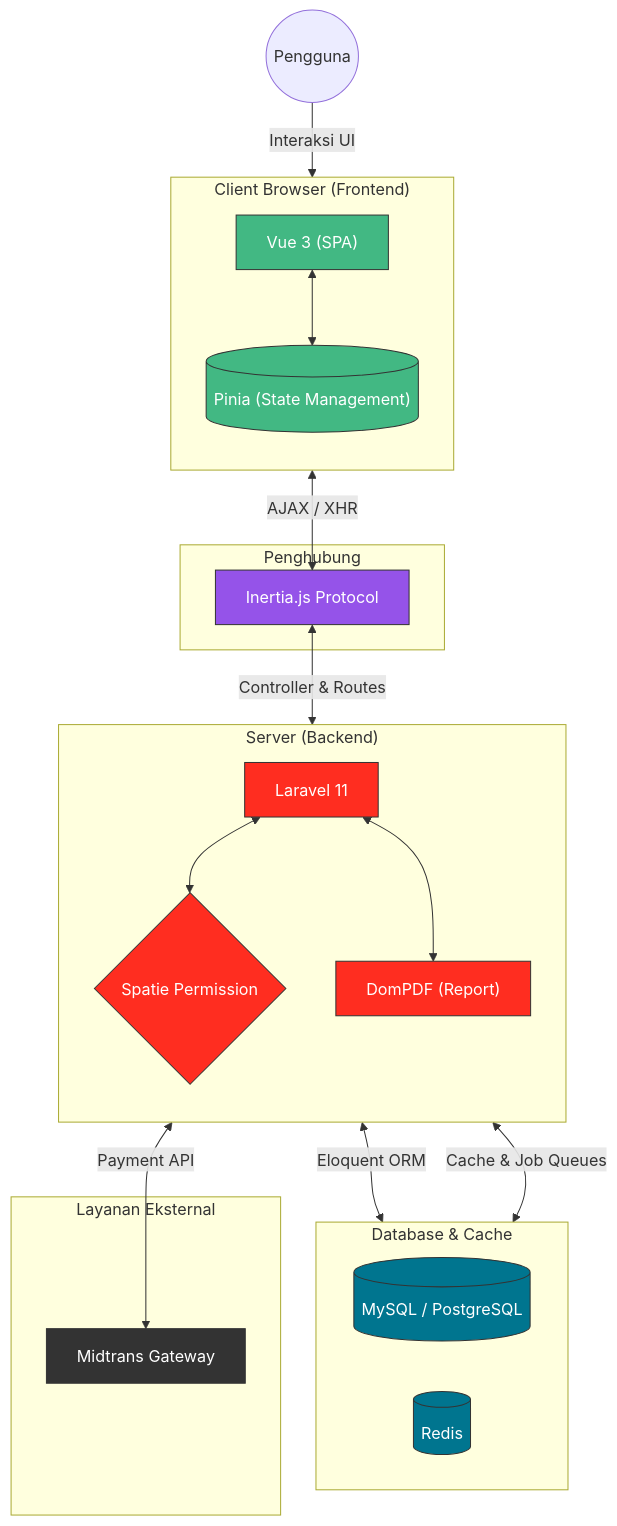
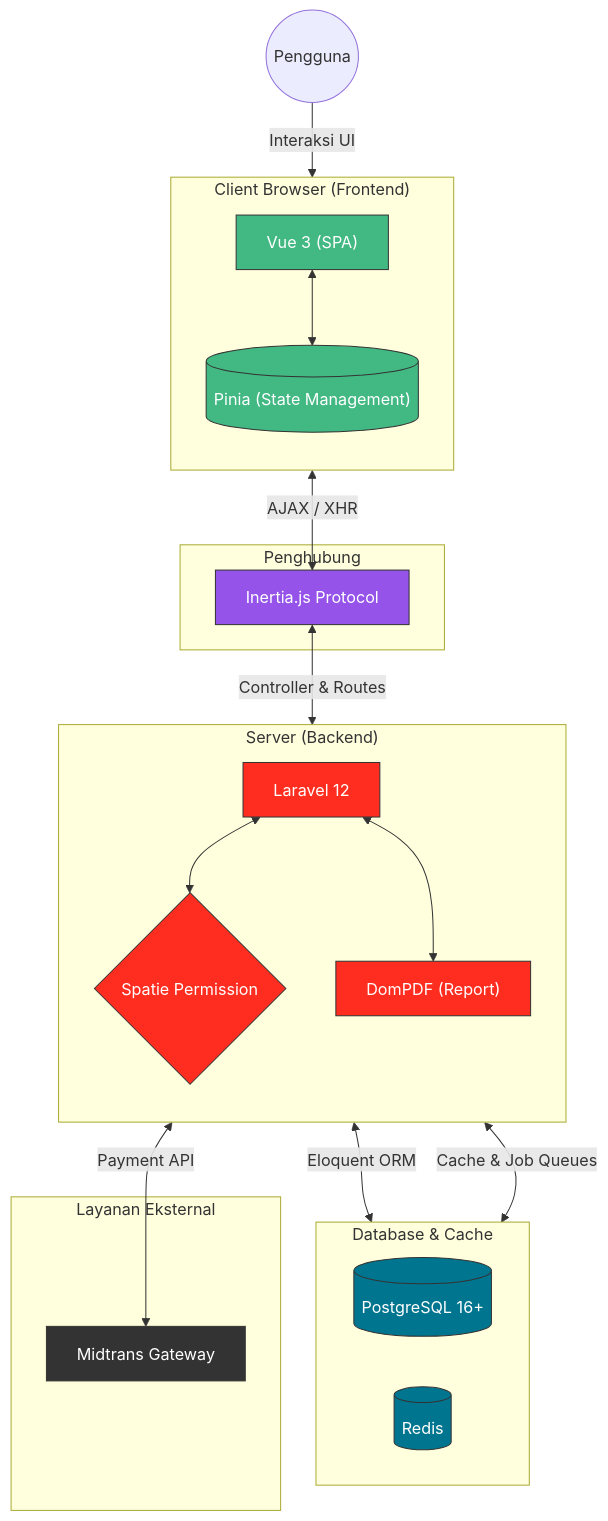
The first of 11 diagrams in README.md (whykrr/sollu-app), drawn with Mermaid before and after one commit. The commit also changed other lines of this file and 47 other files, not shown here.

````diff
--- a/README.md
+++ b/README.md
@@ -40,55 +40,55 @@
 ```mermaid
 flowchart TB
     User((Pengguna))
 
     subgraph Client ["Client Browser (Frontend)"]
         direction TB
         Vue["Vue 3 (SPA)"]
         Pinia[("Pinia (State Management)")]
         Vue <--> Pinia
     end
 
     subgraph Bridge ["Penghubung"]
         Inertia["Inertia.js Protocol"]
     end
 
     subgraph BackendServer ["Server (Backend)"]
         direction TB
-        Laravel["Laravel 11"]
+        Laravel["Laravel 12"]
         Spatie{"Spatie Permission"}
         DomPDF["DomPDF (Report)"]
         Laravel <--> Spatie
         Laravel <--> DomPDF
     end
 
     subgraph DatabaseLayer ["Database & Cache"]
         direction LR
-        DB[("MySQL / PostgreSQL")]
+        DB[("PostgreSQL 16+")]
         Redis[("Redis")]
     end
 
     subgraph External ["Layanan Eksternal"]
         Midtrans["Midtrans Gateway"]
     end
 
     %% Relasi
     User -->|Interaksi UI| Client
     Vue <-->|AJAX / XHR| Inertia
     Inertia <-->|Controller & Routes| Laravel
     Laravel <-->|Eloquent ORM| DB
     Laravel <-->|Cache & Job Queues| Redis
     Laravel <-->|Payment API| Midtrans
 
     %% Styling
     classDef frontend fill:#42b883,stroke:#333,stroke-width:1px,color:#fff;
     classDef backend fill:#ff2d20,stroke:#333,stroke-width:1px,color:#fff;
     classDef bridge fill:#9553e9,stroke:#333,stroke-width:1px,color:#fff;
     classDef db fill:#00758f,stroke:#333,stroke-width:1px,color:#fff;
     classDef external fill:#333333,stroke:#333,stroke-width:1px,color:#fff;
 
     class Vue,Pinia frontend;
     class Laravel,Spatie,DomPDF backend;
     class Inertia bridge;
     class DB,Redis db;
     class Midtrans external;
 ```
````
